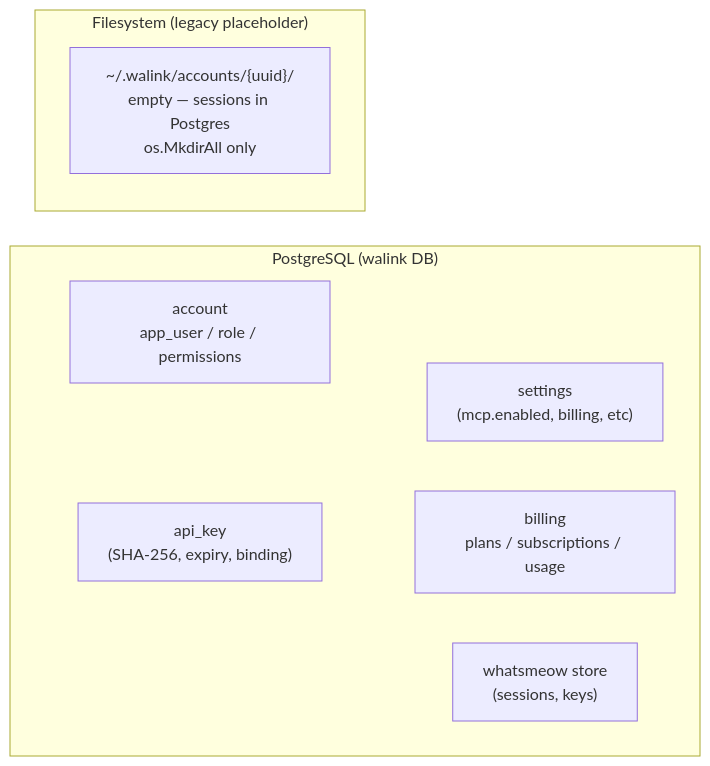
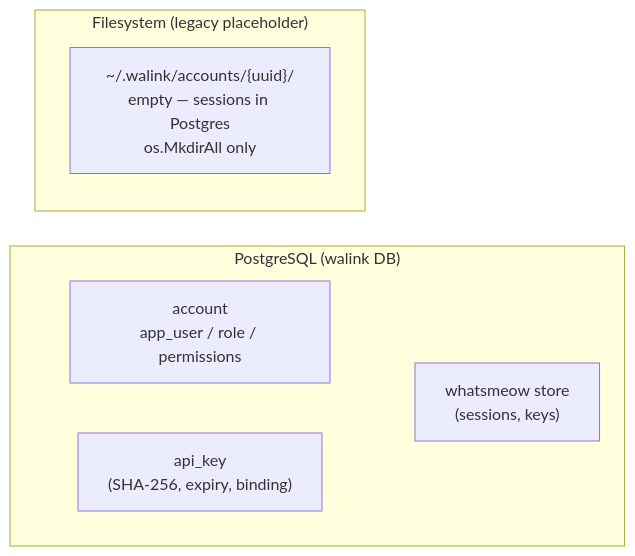
Before and after one commit to devstroop/WaLink: the fourth of 4 diagrams in docs/architecture.md, drawn with Mermaid. The commit also changed other lines of this file and 36 other files, not shown here.

````diff
--- a/docs/architecture.md
+++ b/docs/architecture.md
@@ -167,17 +157,15 @@
 ```mermaid
 flowchart LR
     subgraph PG["PostgreSQL (walink DB)"]
         A["account<br/>app_user / role / permissions"]
         B["api_key<br/>(SHA-256, expiry, binding)"]
-        C["settings<br/>(mcp.enabled, billing, etc)"]
-        D["billing<br/>plans / subscriptions / usage"]
         E["whatsmeow store<br/>(sessions, keys)"]
     end
 
     subgraph FS["Filesystem (legacy placeholder)"]
         F["~/.walink/accounts/{uuid}/<br/>empty — sessions in Postgres<br/>os.MkdirAll only"]
     end
 
     A --- PG
     B --- PG
 ```
````
